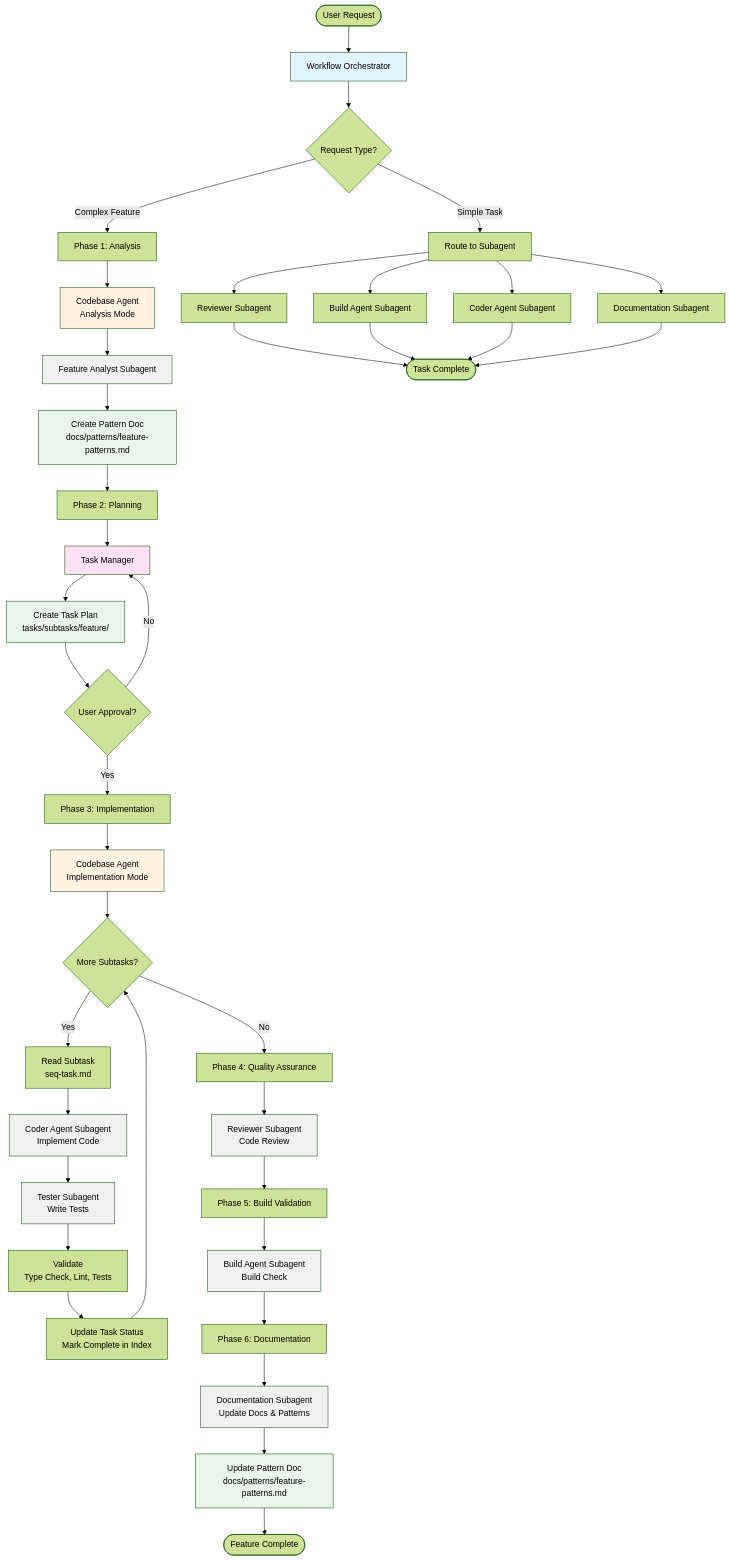
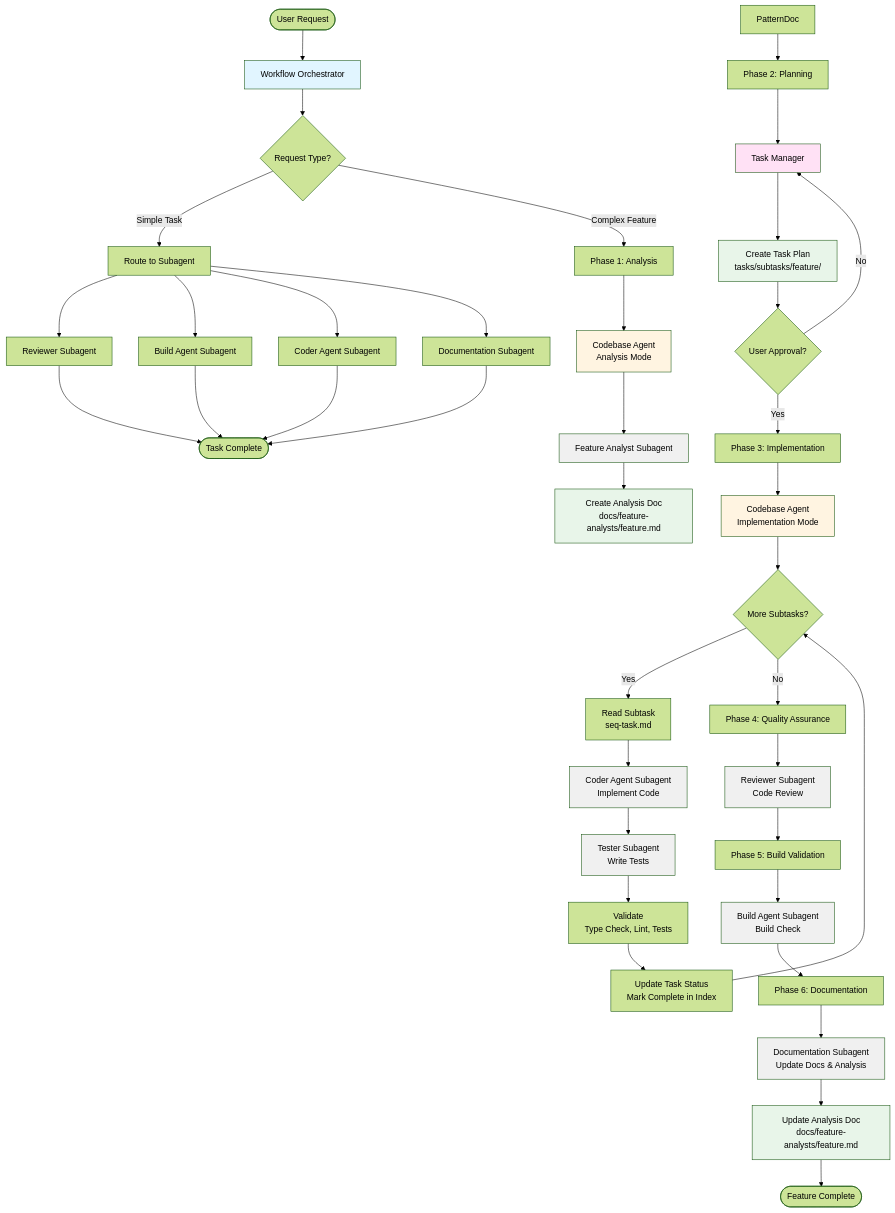
The first of 3 diagrams in opencode/.config/opencode/workflow-diagram.md (jesusidev/dotfiles), drawn with Mermaid (forest theme) before and after one commit. The commit also changed other lines of this file and 4 other files, not shown here.

First line of the commit message:
refactor(opencode): change pattern doc path to docs/feature-analysts/{feature}.md

````diff
--- a/opencode/.config/opencode/workflow-diagram.md
+++ b/opencode/.config/opencode/workflow-diagram.md
@@ -5,68 +5,68 @@
 ```mermaid
 flowchart TD
     Start([User Request]) --> Orchestrator[Workflow Orchestrator]
     
     Orchestrator --> Decision{Request Type?}
     
     Decision -->|Simple Task| SimpleRoute[Route to Subagent]
     SimpleRoute --> Review[Reviewer Subagent]
     SimpleRoute --> Build[Build Agent Subagent]
     SimpleRoute --> Coder[Coder Agent Subagent]
     SimpleRoute --> Docs[Documentation Subagent]
     
     Decision -->|Complex Feature| Phase1[Phase 1: Analysis]
     
     Phase1 --> CodebaseAnalysis[Codebase Agent<br/>Analysis Mode]
     CodebaseAnalysis --> FeatureAnalyst[Feature Analyst Subagent]
-    FeatureAnalyst --> PatternDoc[Create Pattern Doc<br/>docs/patterns/feature-patterns.md]
+    FeatureAnalyst --> AnalysisDoc[Create Analysis Doc<br/>docs/feature-analysts/feature.md]
     
     PatternDoc --> Phase2[Phase 2: Planning]
     Phase2 --> TaskManager[Task Manager]
     TaskManager --> TaskPlan[Create Task Plan<br/>tasks/subtasks/feature/]
     TaskPlan --> Approval{User Approval?}
     
     Approval -->|No| TaskManager
     Approval -->|Yes| Phase3[Phase 3: Implementation]
     
     Phase3 --> CodebaseImpl[Codebase Agent<br/>Implementation Mode]
     
     CodebaseImpl --> SubtaskLoop{More Subtasks?}
     
     SubtaskLoop -->|Yes| ReadSubtask[Read Subtask<br/>seq-task.md]
     ReadSubtask --> CoderAgent[Coder Agent Subagent<br/>Implement Code]
     CoderAgent --> TesterAgent[Tester Subagent<br/>Write Tests]
     TesterAgent --> Validate[Validate<br/>Type Check, Lint, Tests]
     Validate --> UpdateStatus[Update Task Status<br/>Mark Complete in Index]
     UpdateStatus --> SubtaskLoop
     
     SubtaskLoop -->|No| Phase4[Phase 4: Quality Assurance]
     
     Phase4 --> ReviewerAgent[Reviewer Subagent<br/>Code Review]
     ReviewerAgent --> Phase5[Phase 5: Build Validation]
     
     Phase5 --> BuildAgent[Build Agent Subagent<br/>Build Check]
     BuildAgent --> Phase6[Phase 6: Documentation]
     
-    Phase6 --> DocsAgent[Documentation Subagent<br/>Update Docs & Patterns]
-    DocsAgent --> UpdatePatterns[Update Pattern Doc<br/>docs/patterns/feature-patterns.md]
+    Phase6 --> DocsAgent[Documentation Subagent<br/>Update Docs & Analysis]
+    DocsAgent --> UpdatePatterns[Update Analysis Doc<br/>docs/feature-analysts/feature.md]
     UpdatePatterns --> Complete([Feature Complete])
     
     Review --> SimpleComplete([Task Complete])
     Build --> SimpleComplete
     Coder --> SimpleComplete
     Docs --> SimpleComplete
     
     style Orchestrator fill:#e1f5ff
     style CodebaseAnalysis fill:#fff4e1
     style TaskManager fill:#ffe1f5
     style CodebaseImpl fill:#fff4e1
     style FeatureAnalyst fill:#f0f0f0
     style CoderAgent fill:#f0f0f0
     style TesterAgent fill:#f0f0f0
     style ReviewerAgent fill:#f0f0f0
     style BuildAgent fill:#f0f0f0
     style DocsAgent fill:#f0f0f0
-    style PatternDoc fill:#e8f5e9
+    style AnalysisDoc fill:#e8f5e9
     style TaskPlan fill:#e8f5e9
     style UpdatePatterns fill:#e8f5e9
 ```
````
